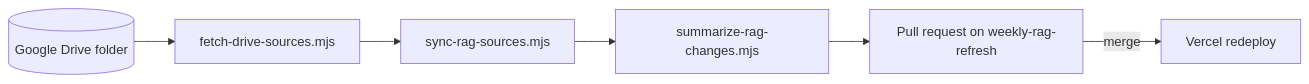
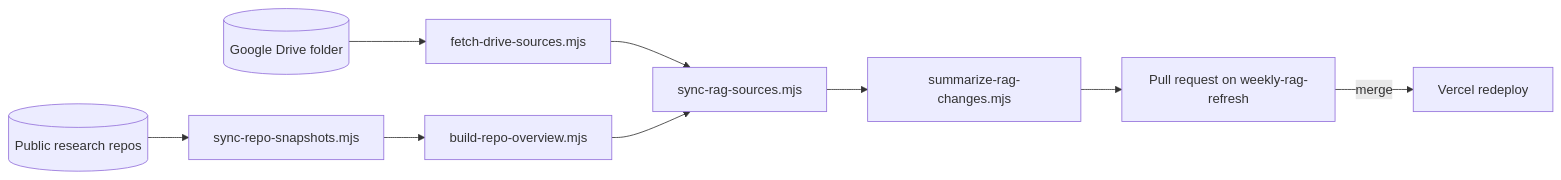
The second of 2 diagrams in docs/architecture.md (Saching16/saching16.github.io), drawn with Mermaid before and after one commit. The commit also changed other lines of this file and 11 other files, not shown here.

Commit message:
Include research-repo snapshots in the weekly chatbot source refresh.

````diff
--- a/docs/architecture.md
+++ b/docs/architecture.md
@@ -89,8 +89,11 @@
 ```mermaid
 flowchart LR
   Drive[(Google Drive folder)] --> Fetch[fetch-drive-sources.mjs]
+  Repos[(Public research repos)] --> Snap[sync-repo-snapshots.mjs]
+  Snap --> Overview[build-repo-overview.mjs]
   Fetch --> Sync[sync-rag-sources.mjs]
+  Overview --> Sync
   Sync --> Summary[summarize-rag-changes.mjs]
   Summary --> PR[Pull request on weekly-rag-refresh]
   PR -- merge --> Vercel[Vercel redeploy]
 ```
````
